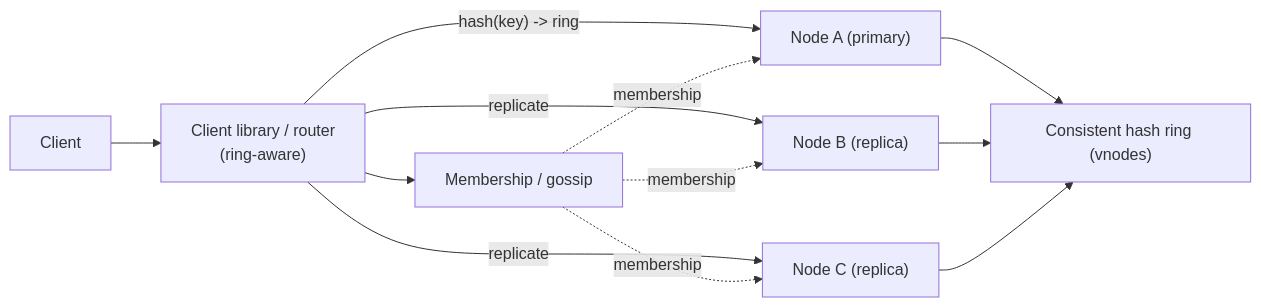
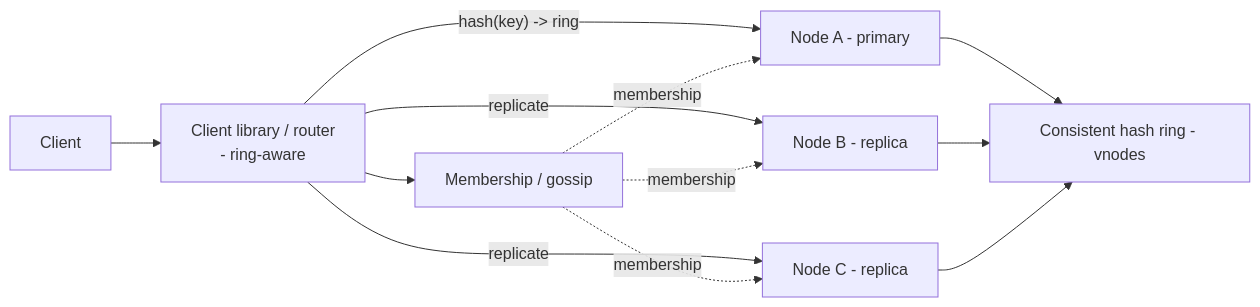
The first of 4 diagrams in case-studies/intermediate/distributed-cache.md (RIT-MESH/system-design-mastery), drawn with Mermaid before and after one commit. The commit also changed other lines of this file and 139 other files, not shown here.

First line of the commit message:
Fix Mermaid parse errors: replace parentheses in node labels across 140 files

````diff
--- a/case-studies/intermediate/distributed-cache.md
+++ b/case-studies/intermediate/distributed-cache.md
@@ -78,11 +78,11 @@
 ```mermaid
 %% created-for: system-design-mastery
 flowchart LR
-  Client --> CL["Client library / router<br/>(ring-aware)"]
-  CL -->|"hash(key) -> ring"| N1["Node A (primary)"]
-  CL -->|"replicate"| N2["Node B (replica)"]
-  CL -->|"replicate"| N3["Node C (replica)"]
-  N1 & N2 & N3 --> Ring["Consistent hash ring (vnodes)"]
+  Client --> CL["Client library / router<br/> - ring-aware"]
+  CL -->|"hash(key) -> ring"| N1["Node A - primary"]
+  CL -->|"replicate"| N2["Node B - replica"]
+  CL -->|"replicate"| N3["Node C - replica"]
+  N1 & N2 & N3 --> Ring["Consistent hash ring - vnodes"]
   Gossip["Membership / gossip"] -.membership.-> N1 & N2 & N3
   CL --> Gossip
 ```
````
